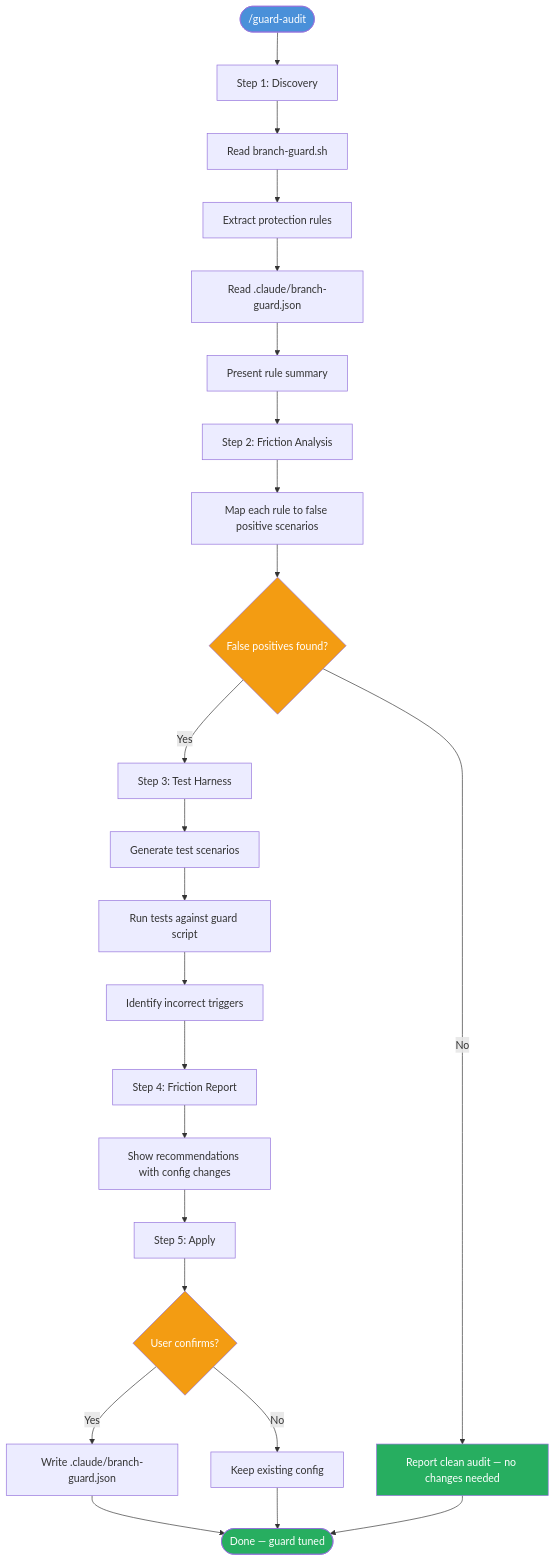
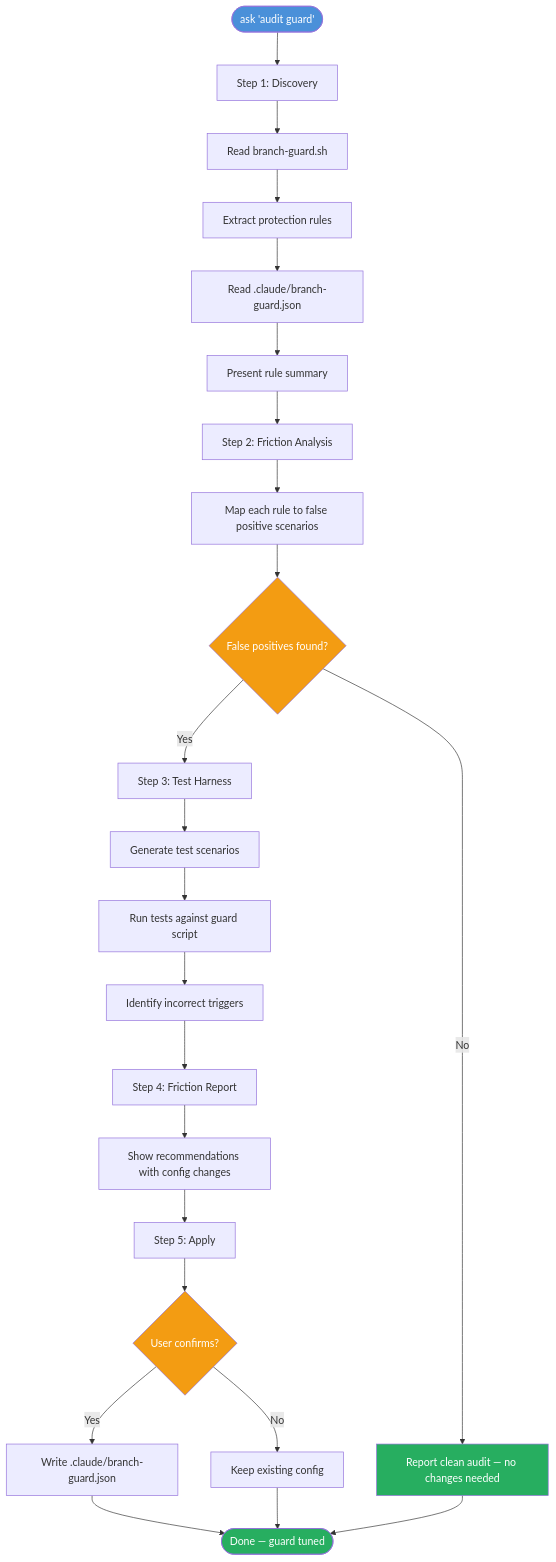
The first of 8 diagrams in docs/guide/insights-improvements-guide.md (Data-Wise/craft), drawn with Mermaid before and after one commit. The commit also changed other lines of this file and 40 other files, not shown here.

````diff
--- a/docs/guide/insights-improvements-guide.md
+++ b/docs/guide/insights-improvements-guide.md
@@ -33,35 +33,35 @@
 ```mermaid
 flowchart TD
-    Start(["/guard-audit"]) --> D["Step 1: Discovery"]
+    Start(["ask 'audit guard'"]) --> D["Step 1: Discovery"]
     D --> D1[Read branch-guard.sh]
     D1 --> D2[Extract protection rules]
     D2 --> D3[Read .claude/branch-guard.json]
     D3 --> D4[Present rule summary]
 
     D4 --> F["Step 2: Friction Analysis"]
     F --> F1[Map each rule to false positive scenarios]
     F1 --> F2{False positives found?}
     F2 -->|No| Clean[Report clean audit — no changes needed]
     F2 -->|Yes| T["Step 3: Test Harness"]
 
     T --> T1[Generate test scenarios]
     T1 --> T2[Run tests against guard script]
     T2 --> T3[Identify incorrect triggers]
 
     T3 --> R["Step 4: Friction Report"]
     R --> R1[Show recommendations with config changes]
 
     R1 --> A["Step 5: Apply"]
     A --> A1{User confirms?}
     A1 -->|Yes| A2[Write .claude/branch-guard.json]
     A1 -->|No| Skip[Keep existing config]
     A2 --> Done([Done — guard tuned])
     Skip --> Done
     Clean --> Done
 
     style Start fill:#4A90D9,color:#fff
     style Done fill:#27AE60,color:#fff
     style Clean fill:#27AE60,color:#fff
     style F2 fill:#F39C12,color:#fff
     style A1 fill:#F39C12,color:#fff
 ```
````
